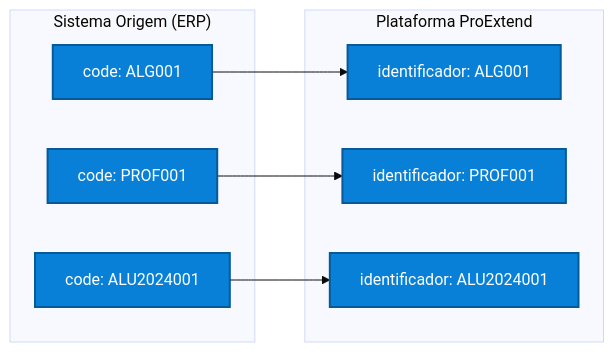
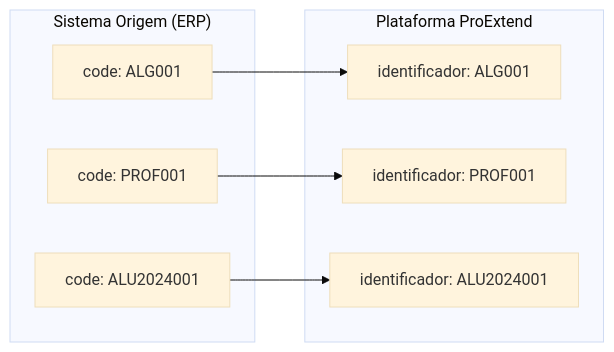
The diagram in docs/identificadores-e-codes.md (ldasistemas/proextend-integration-docs), drawn with Mermaid (base theme) before and after one commit. The commit also changed 9 other files, not shown here.

Commit message:
feat: remover estilos obsoletos de diagramas e atualizar classes para melhor semântica nos componentes de sidebar

````diff
--- a/docs/identificadores-e-codes.md
+++ b/docs/identificadores-e-codes.md
@@ -18,24 +18,18 @@
 ```mermaid
 flowchart LR
     subgraph ERP["Sistema Origem (ERP)"]
         A["code: ALG001"]
         B["code: PROF001"]
         C["code: ALU2024001"]
     end
     subgraph PE["Plataforma ProExtend"]
         D["identificador: ALG001"]
         E["identificador: PROF001"]
         F["identificador: ALU2024001"]
     end
 
     A --> D
     B --> E
     C --> F
 
-    style A fill:#0980D8,stroke:#065a97,stroke-width:2px,color:#fff
-    style B fill:#0980D8,stroke:#065a97,stroke-width:2px,color:#fff
-    style C fill:#0980D8,stroke:#065a97,stroke-width:2px,color:#fff
-    style D fill:#0980D8,stroke:#065a97,stroke-width:2px,color:#fff
-    style E fill:#0980D8,stroke:#065a97,stroke-width:2px,color:#fff
-    style F fill:#0980D8,stroke:#065a97,stroke-width:2px,color:#fff
 ```
````
